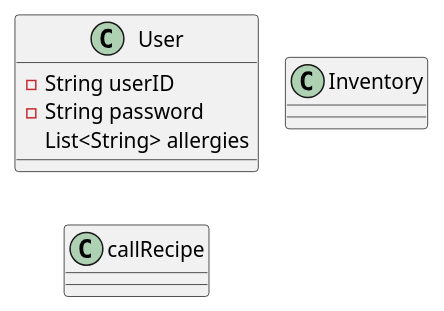
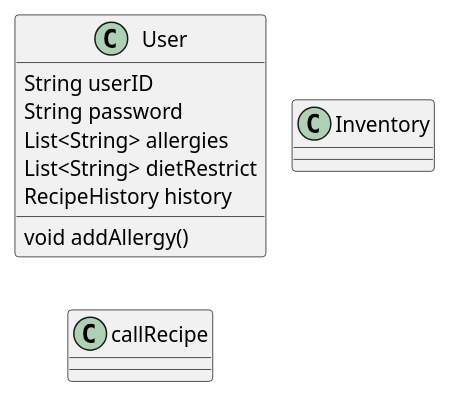
One commit to JohnZHANGFZ/207_group_project changed the diagram in Project UML.puml. Above: the diagram before and after it, drawn with PlantUML.

Commit message:
Preliminary UML

```diff
--- a/Project UML.puml
+++ b/Project UML.puml
@@ -1,17 +1,20 @@
 @startuml
 !pragma layout smetana
 'https://plantuml.com/sequence-diagram
 
 class User {
--String userID
--String password
+String userID
+String password
 List<String> allergies
+List<String> dietRestrict
+RecipeHistory history
+void addAllergy()
 }
 
 class Inventory {
 }
 
 class callRecipe {
 }
 
 @enduml
```
